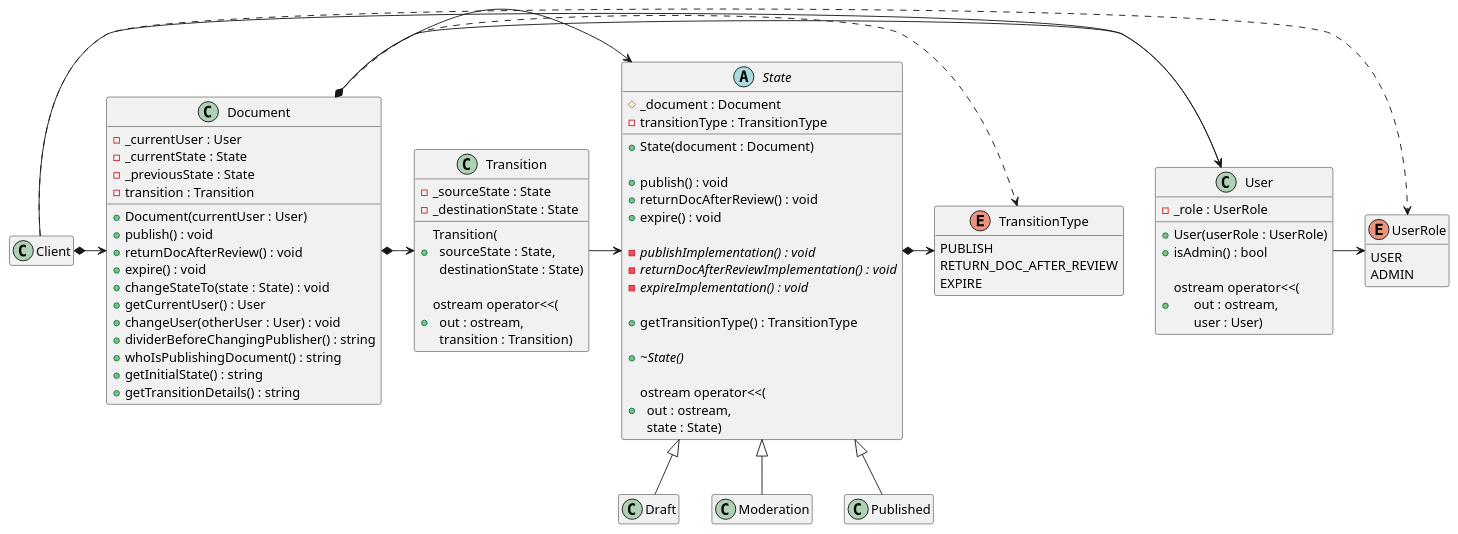
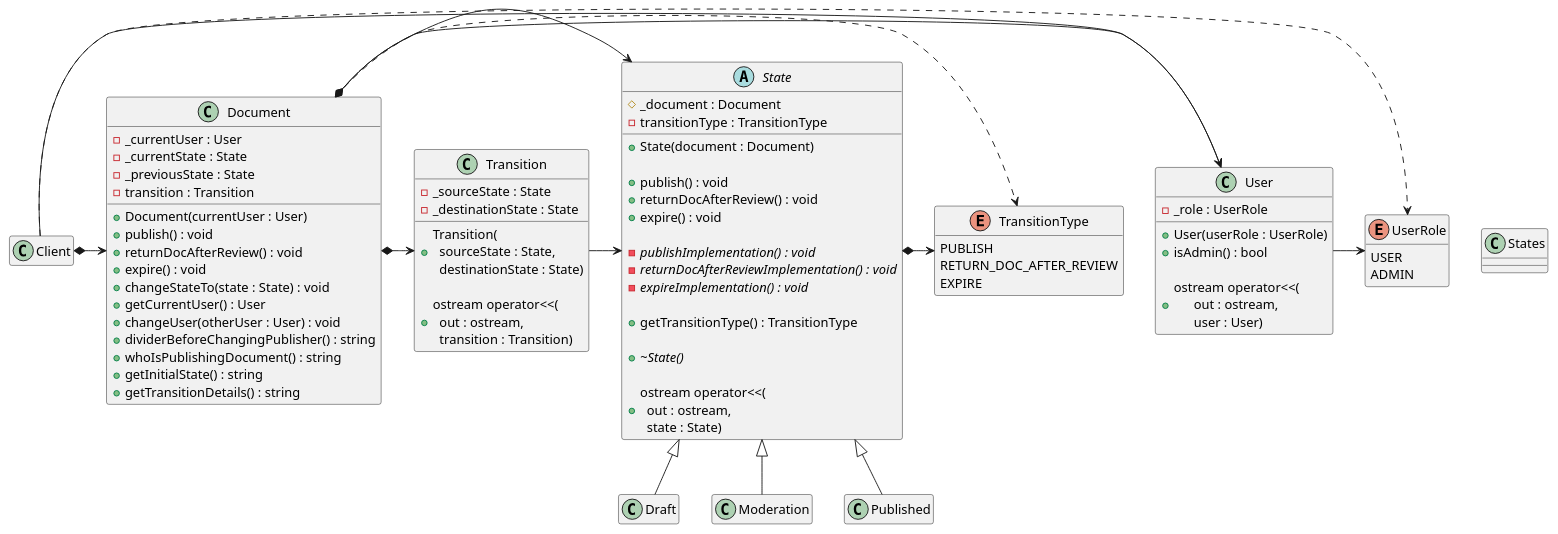
The diagram in state_design_pattern/documentAsStateDesignPatternProduction/state_design_pattern-class_diagram.puml (kyberdrb/CLionProjects), drawn with PlantUML before and after one commit. The commit also changed 2 other files, not shown here.

Commit message:
State design pattern: v3 - Precreated states - update docs pt 1

```diff
--- a/state_design_pattern/documentAsStateDesignPatternProduction/state_design_pattern-class_diagram.puml
+++ b/state_design_pattern/documentAsStateDesignPatternProduction/state_design_pattern-class_diagram.puml
@@ -1,116 +1,120 @@
 @startuml
 'https://plantuml.com/class-diagram
 
 class Client
 hide Client members
 
 Client *-> Document
 Client -> User
 Client .> UserRole
 
 class Document {
     + Document(currentUser : User)
     + publish() : void
     + returnDocAfterReview() : void
     + expire() : void
     + changeStateTo(state : State) : void
     + getCurrentUser() : User
     + changeUser(otherUser : User) : void
     + dividerBeforeChangingPublisher() : string
     + whoIsPublishingDocument() : string
     + getInitialState() : string
     + getTransitionDetails() : string
 
     - _currentUser : User
     - _currentState : State
     - _previousState : State
     - transition : Transition
 }
 
 Document *-> User
 Document *-> State
 Document *-> Transition
 Document .> TransitionType
+
+class States {
+
+}
 
 abstract class State {
     + State(document : Document)
 
     + publish() : void
     + returnDocAfterReview() : void
     + expire() : void
 
   - {abstract} publishImplementation() : void
   - {abstract} returnDocAfterReviewImplementation() : void
   - {abstract} expireImplementation() : void
 
   + getTransitionType() : TransitionType
 
   + {abstract} ~State()
 
   + ostream operator<<(\n\
   out : ostream,\n\
   state : State)
 
     # _document : Document
     - transitionType : TransitionType
 }
 
 State *-> TransitionType
 
 State <|-- Draft
 State <|-- Moderation
 State <|-- Published
 
 class Draft
 hide Draft members
 
 class Moderation
 hide Moderation members
 
 class Published
 hide Published members
 
 class Transition {
     + Transition(\n\
   sourceState : State,\n\
   destinationState : State)
 
     + ostream operator<<(\n\
   out : ostream,\n\
   transition : Transition)
 
     - _sourceState : State
     - _destinationState : State
 }
 
 Transition -> State
 
 enum TransitionType {
     PUBLISH
     RETURN_DOC_AFTER_REVIEW
     EXPIRE
 }
 
 hide TransitionType methods
 
 class User {
     + User(userRole : UserRole)
     + isAdmin() : bool
 
     + ostream operator<<(\n\
       out : ostream,\n\
       user : User)
 
     - _role : UserRole
 }
 
 User -> UserRole
 
 enum UserRole {
     USER
     ADMIN
 }
 
 hide UserRole methods
 
 @enduml
```
